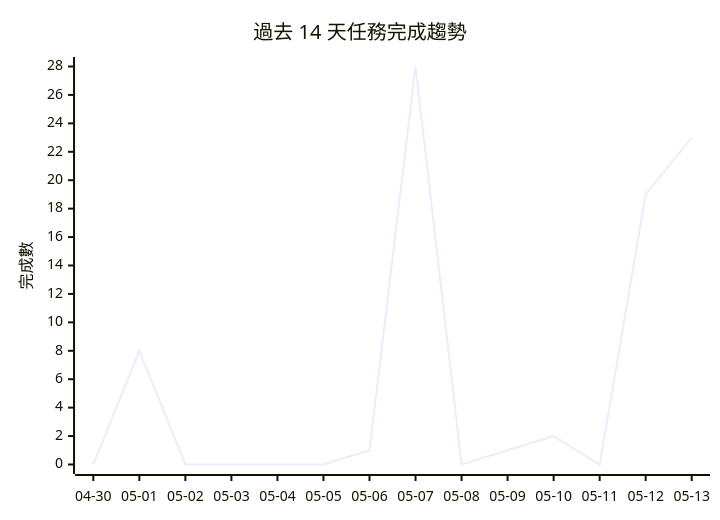
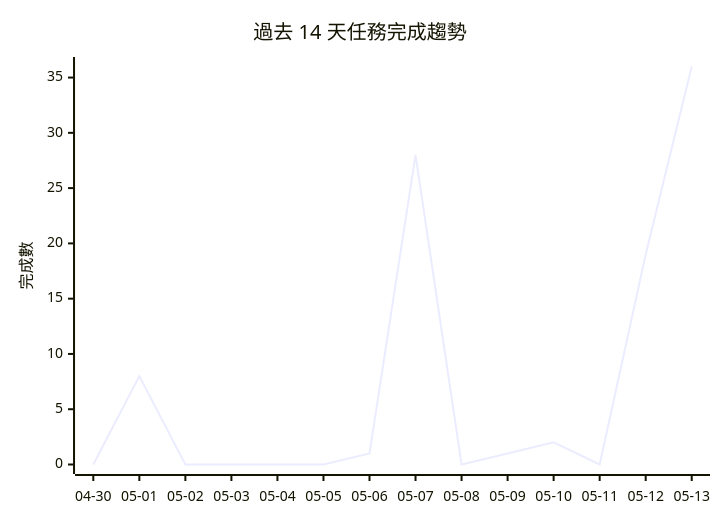
The diagram in README.md (openclawchen8-lgtm/openclawchen8-lgtm), drawn with Mermaid before and after one commit. The commit also changed other lines of this file, not shown here.

````diff
--- a/README.md
+++ b/README.md
@@ -89,7 +73,7 @@
 ```mermaid
 xychart-beta
     title "過去 14 天任務完成趨勢"
     x-axis ["04-30", "05-01", "05-02", "05-03", "05-04", "05-05", "05-06", "05-07", "05-08", "05-09", "05-10", "05-11", "05-12", "05-13"]
-    y-axis "完成數" 0 --> 28
-    line [0, 8, 0, 0, 0, 0, 1, 28, 0, 1, 2, 0, 19, 23]
+    y-axis "完成數" 0 --> 36
+    line [0, 8, 0, 0, 0, 0, 1, 28, 0, 1, 2, 0, 19, 36]
 ```
````
